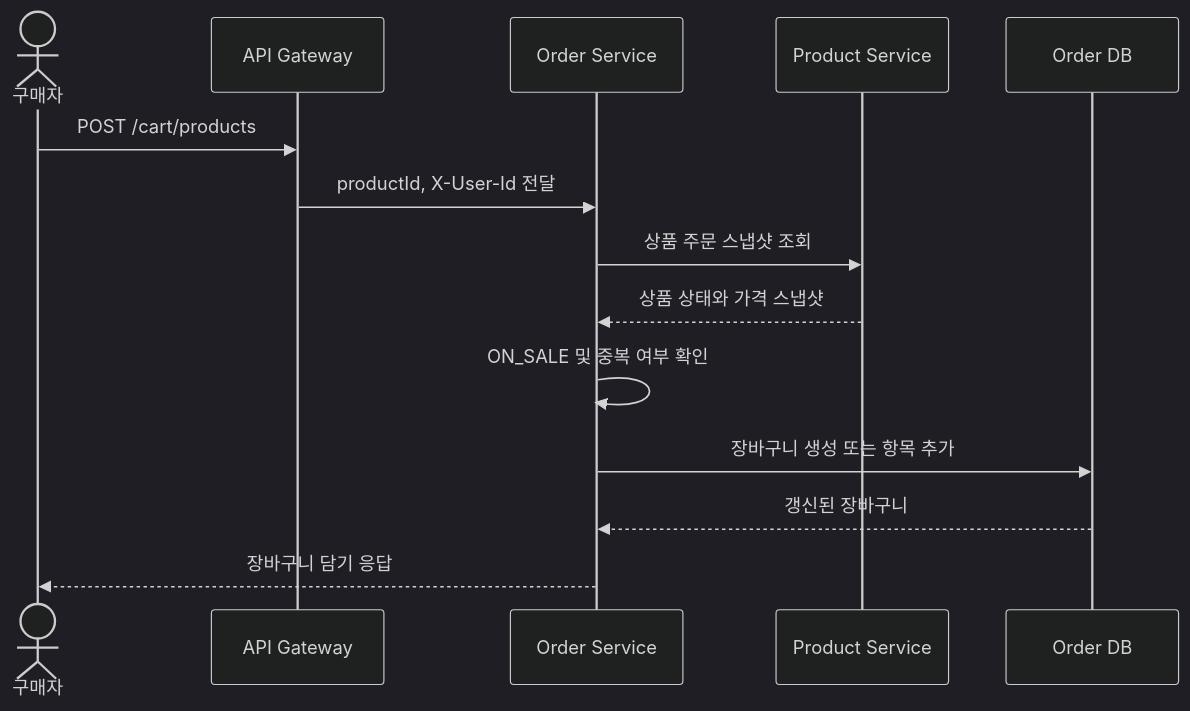
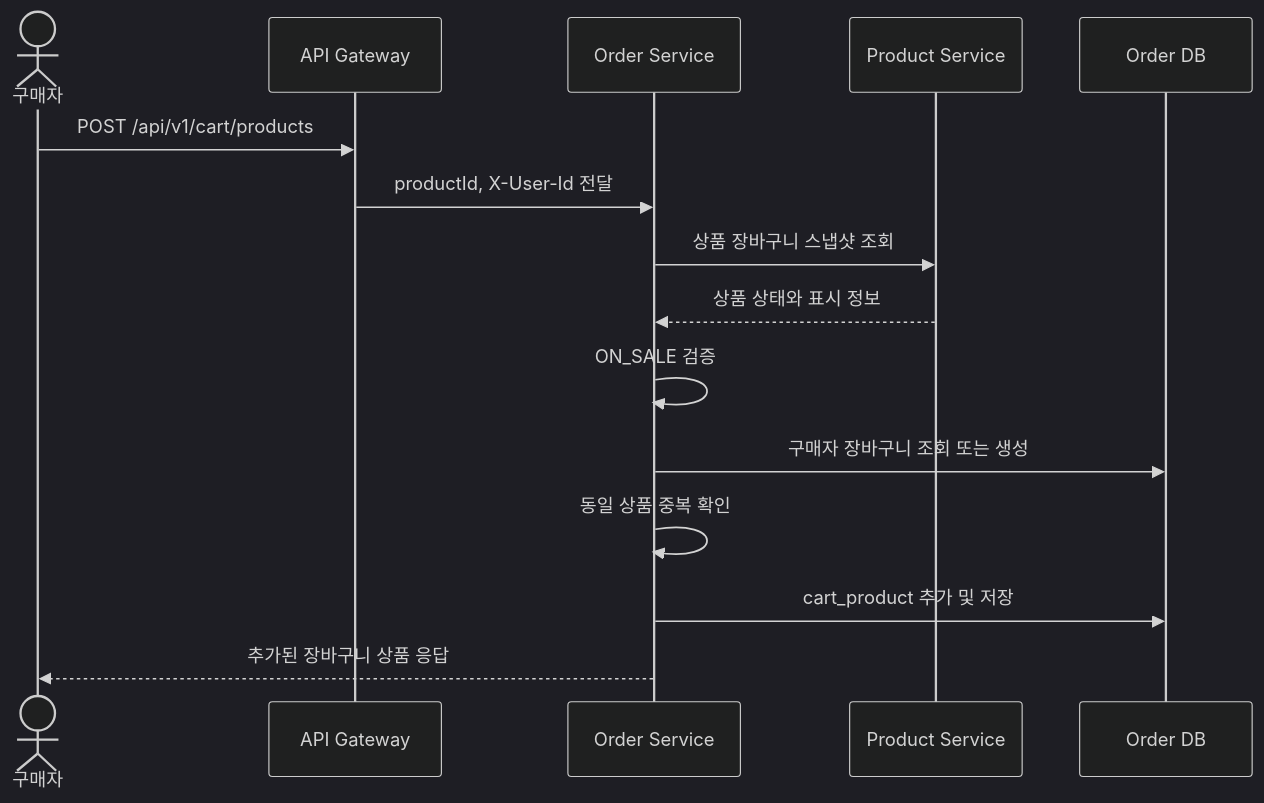
One commit to prgrms-be-adv-devcourse/beadv6_6_3JMT_BE changed the second of 15 diagrams in docs/architecture/order-usecase-detail.md. Above: the diagram before and after it, drawn with Mermaid (dark theme). The commit also changed other lines of this file and 3 other files, not shown here.

````diff
--- a/docs/architecture/order-usecase-detail.md
+++ b/docs/architecture/order-usecase-detail.md
@@ -59,17 +60,18 @@
 ```mermaid
 sequenceDiagram
     actor Buyer as 구매자
     participant Gateway as API Gateway
     participant Order as Order Service
     participant Product as Product Service
     participant DB as Order DB
 
-    Buyer->>Gateway: POST /cart/products
+    Buyer->>Gateway: POST /api/v1/cart/products
     Gateway->>Order: productId, X-User-Id 전달
-    Order->>Product: 상품 주문 스냅샷 조회
-    Product-->>Order: 상품 상태와 가격 스냅샷
-    Order->>Order: ON_SALE 및 중복 여부 확인
-    Order->>DB: 장바구니 생성 또는 항목 추가
-    DB-->>Order: 갱신된 장바구니
-    Order-->>Buyer: 장바구니 담기 응답
+    Order->>Product: 상품 장바구니 스냅샷 조회
+    Product-->>Order: 상품 상태와 표시 정보
+    Order->>Order: ON_SALE 검증
+    Order->>DB: 구매자 장바구니 조회 또는 생성
+    Order->>Order: 동일 상품 중복 확인
+    Order->>DB: cart_product 추가 및 저장
+    Order-->>Buyer: 추가된 장바구니 상품 응답
 ```
````
